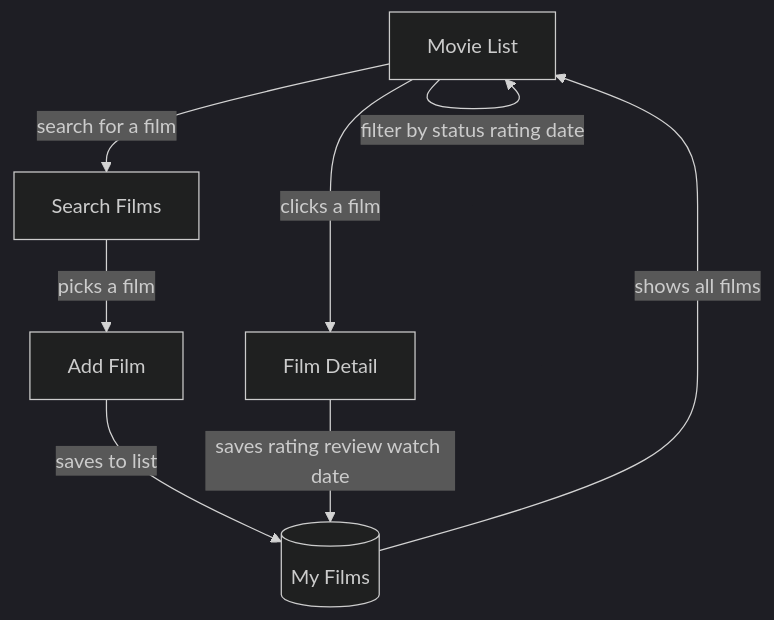
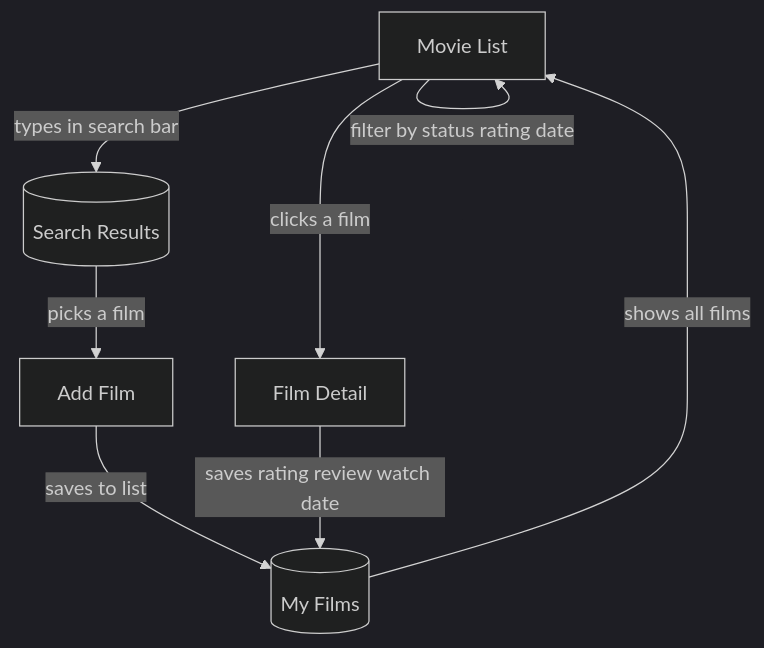
Before and after one commit to ssd-workshop-apps/ssd-franck: the diagram in SPEC.md, drawn with Mermaid (dark theme). The commit also changed other lines of this file and 3 other files, not shown here.

Commit message:
Change 1: Search bar is now on the main page, no separate search screen.

````diff
--- a/SPEC.md
+++ b/SPEC.md
@@ -3,10 +3,10 @@
 ```mermaid
 flowchart TD
-  home[Movie List] -->|search for a film| search[Search Films]
+  home[Movie List] -->|types in search bar| search[(Search Results)]
   search -->|picks a film| confirm[Add Film]
   confirm -->|saves to list| movies[(My Films)]
   movies -->|shows all films| home
   home -->|filter by status rating date| home
   home -->|clicks a film| detail[Film Detail]
   detail -->|saves rating review watch date| movies
 ```
````
